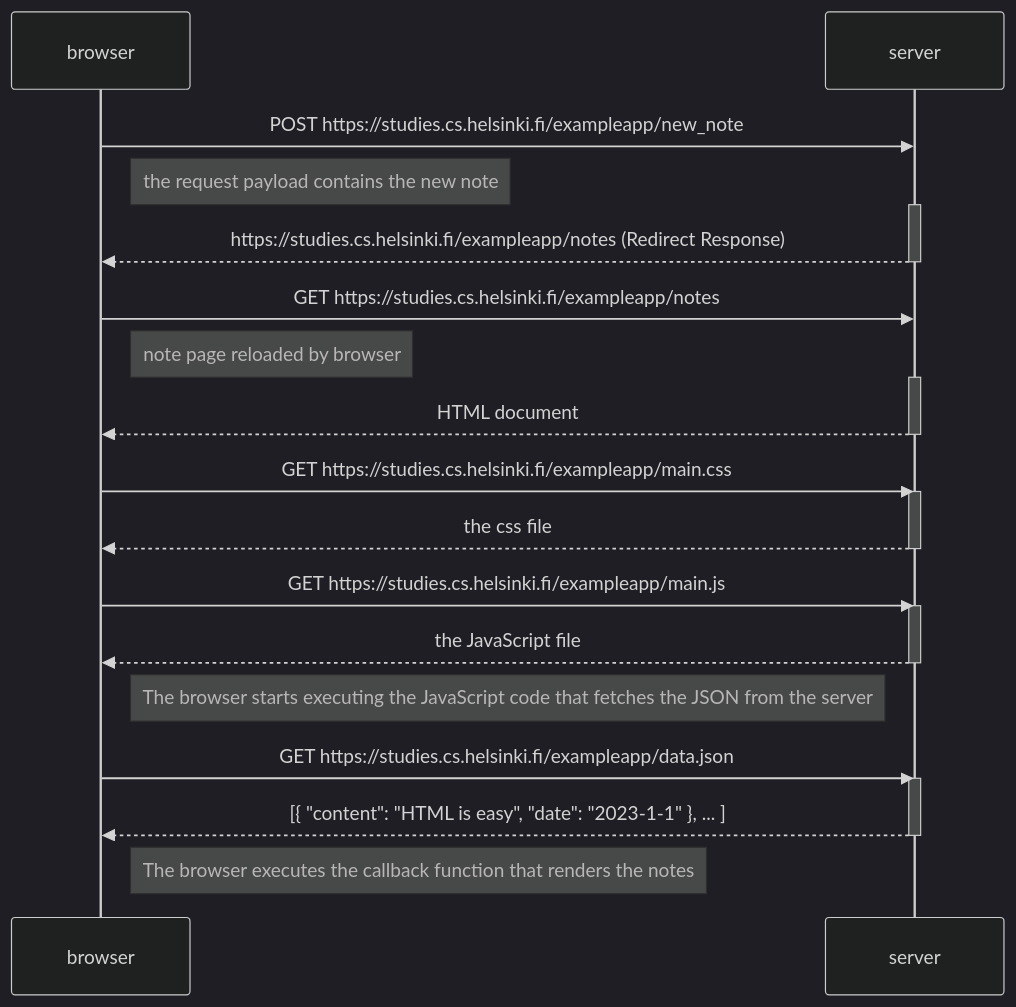
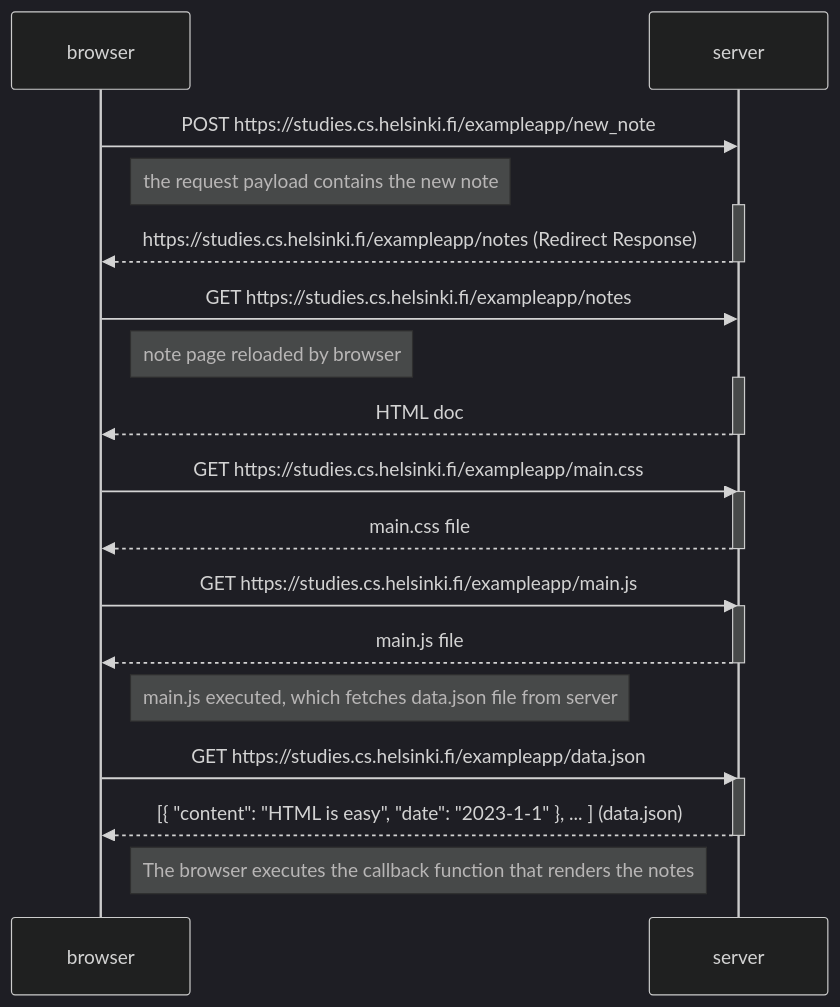
One commit to aleenaahmad1/FullStackWebDev changed the diagram in part0/0.4/newnote.md. Above: the diagram before and after it, drawn with Mermaid (dark theme).

Commit message:
task 0.4 updated

````diff
--- a/part0/0.4/newnote.md
+++ b/part0/0.4/newnote.md
@@ -1,36 +1,36 @@
 ```mermaid
     sequenceDiagram
     participant browser
     participant server
 
     browser->>server: POST https://studies.cs.helsinki.fi/exampleapp/new_note
     Note right of browser: the request payload contains the new note
     activate server
     server-->>browser: https://studies.cs.helsinki.fi/exampleapp/notes (Redirect Response)
     deactivate server
     
     browser->>server: GET https://studies.cs.helsinki.fi/exampleapp/notes
     Note right of browser: note page reloaded by browser
     activate server
-    server-->>browser: HTML document
+    server-->>browser: HTML doc
     deactivate server
     
     browser->>server: GET https://studies.cs.helsinki.fi/exampleapp/main.css
     activate server
-    server-->>browser: the css file
+    server-->>browser: main.css file
     deactivate server
     
     browser->>server: GET https://studies.cs.helsinki.fi/exampleapp/main.js
     activate server
-    server-->>browser: the JavaScript file
+    server-->>browser: main.js file
     deactivate server
     
-    Note right of browser: The browser starts executing the JavaScript code that fetches the JSON from the server
+    Note right of browser: main.js executed, which fetches data.json file from server
     
     browser->>server: GET https://studies.cs.helsinki.fi/exampleapp/data.json
     activate server
-    server-->>browser: [{ "content": "HTML is easy", "date": "2023-1-1" }, ... ]
+    server-->>browser: [{ "content": "HTML is easy", "date": "2023-1-1" }, ... ] (data.json)
     deactivate server    
 
     Note right of browser: The browser executes the callback function that renders the notes 
 ```
````
